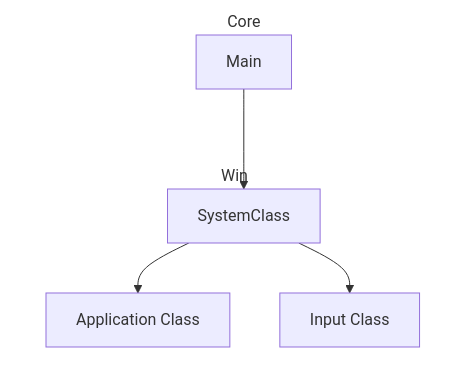
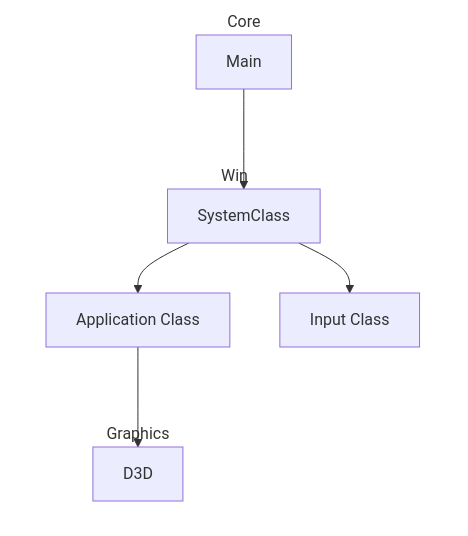
The diagram in README.md (henzoparahua/nkrhuad3d), drawn with Mermaid before and after one commit.

````diff
--- a/README.md
+++ b/README.md
@@ -1,13 +1,17 @@
 ```mermaid
 %%{init: { 'themeVariables': { 'clusterBkg': 'transparent', 'clusterBorder': 'transparent'}}}%%
 flowchart TB
 subgraph Core
 CoreMain["Main"]
 end
 CoreMain --> WinSystem
 subgraph Win
 	WinSystem["SystemClass"]
 	WinSystem --> WinApplication["Application Class"]
 	WinSystem --> WinInput["Input Class"]
 end
+WinApplication --> GraphicsD3D
+subgraph Graphics
+	GraphicsD3D["D3D"]
+end
 ```
````
